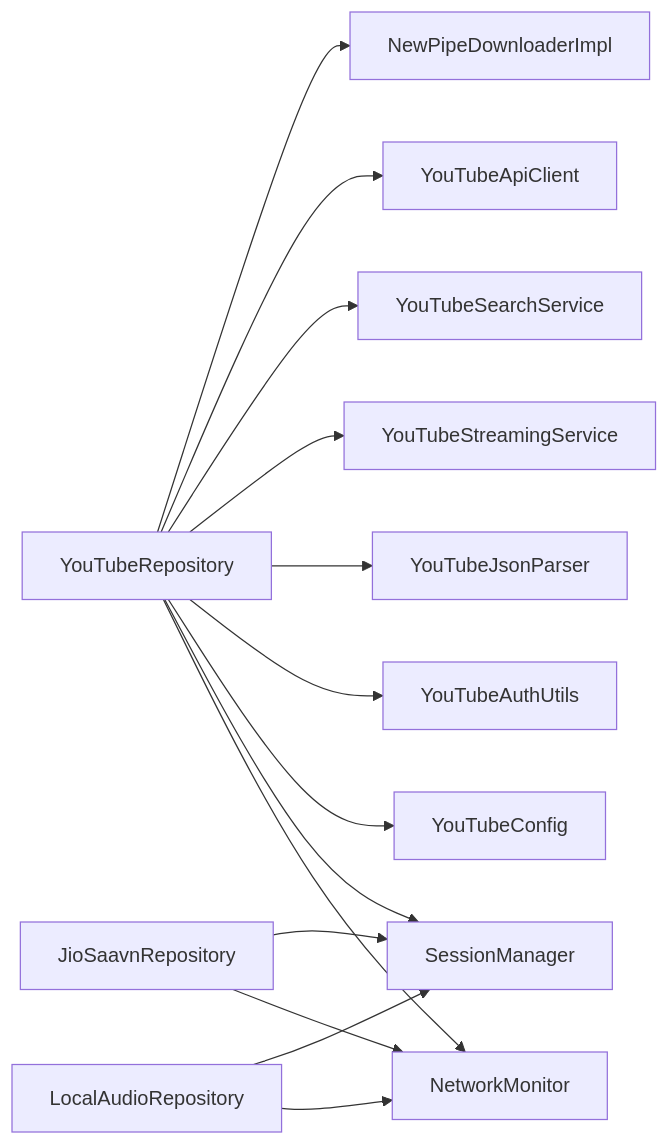
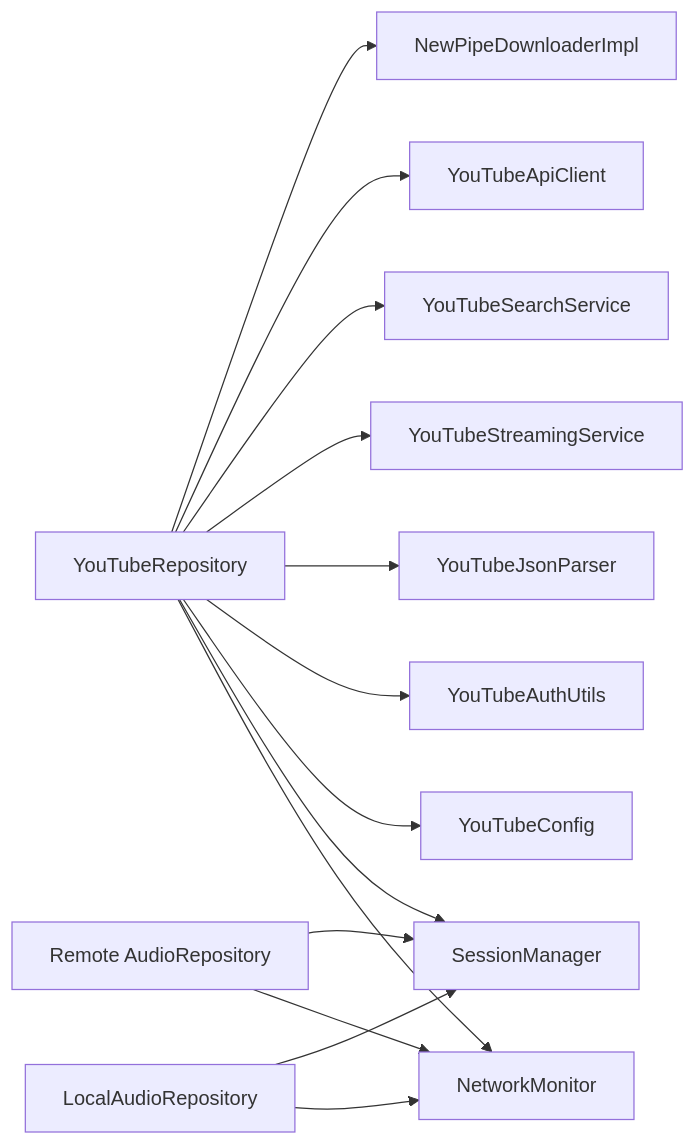
The seventh of 7 diagrams in docs/Multi-Source Streaming/Multi-Source Streaming.md (suvojeet-sengupta/SuvMusic), drawn with Mermaid before and after one commit. The commit also changed other lines of this file and 32 other files, not shown here.

````diff
--- a/docs/Multi-Source Streaming/Multi-Source Streaming.md
+++ b/docs/Multi-Source Streaming/Multi-Source Streaming.md
@@ -403,16 +403,16 @@
 ```mermaid
 graph LR
 YTRepo["YouTubeRepository"] --> NPImpl["NewPipeDownloaderImpl"]
 YTRepo --> YTClient["YouTubeApiClient"]
 YTRepo --> YTSearch["YouTubeSearchService"]
 YTRepo --> YTStream["YouTubeStreamingService"]
 YTRepo --> YTJSON["YouTubeJsonParser"]
 YTRepo --> YTAuth["YouTubeAuthUtils"]
 YTRepo --> YTConf["YouTubeConfig"]
-JSRepo["JioSaavnRepository"] --> Session["SessionManager"]
+JSRepo["Remote AudioRepository"] --> Session["SessionManager"]
 LARepo["LocalAudioRepository"] --> Session
 YTRepo --> Session
 YTRepo --> NetMon["NetworkMonitor"]
 JSRepo --> NetMon
 LARepo --> NetMon
 ```
````
